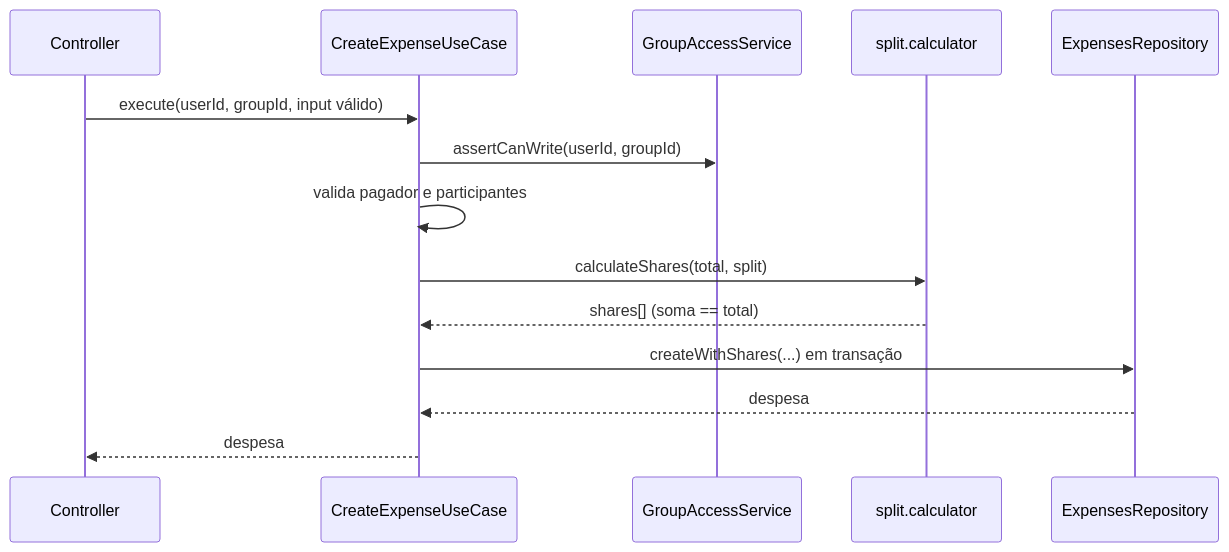
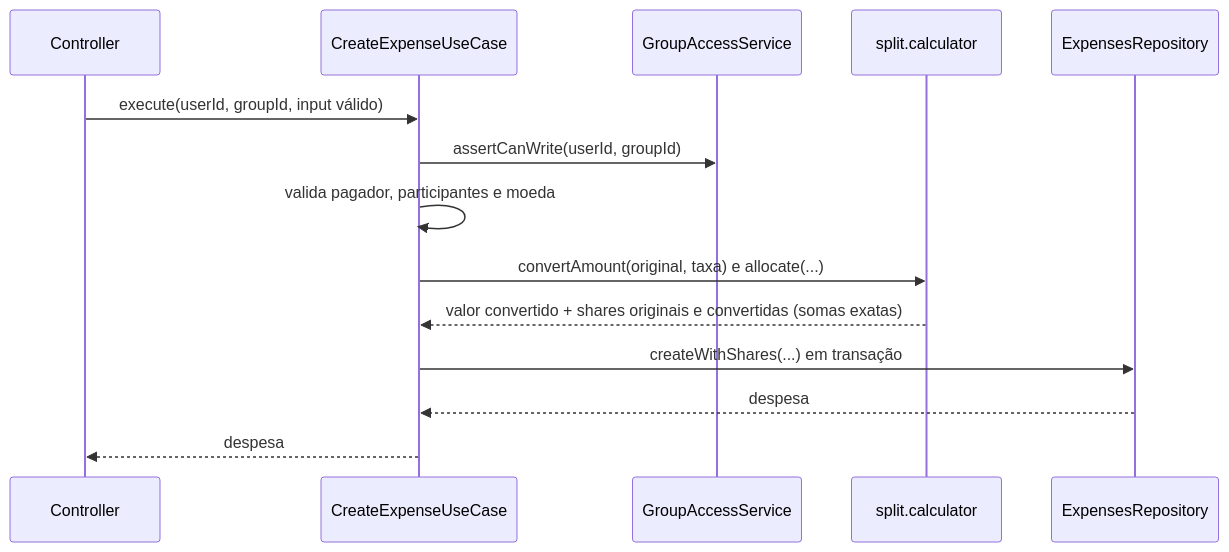
The third of 3 diagrams in docs/architecture/plan.md (iguinn13/split-and-go-case), drawn with Mermaid before and after one commit. The commit also changed other lines of this file and 6 other files, not shown here.

Commit message:
docs(architecture): add currency conversion model, api and ADR 0006

````diff
--- a/docs/architecture/plan.md
+++ b/docs/architecture/plan.md
@@ -151,17 +160,17 @@
 ```mermaid
 sequenceDiagram
     participant C as Controller
     participant U as CreateExpenseUseCase
     participant G as GroupAccessService
     participant S as split.calculator
     participant R as ExpensesRepository
 
     C->>U: execute(userId, groupId, input válido)
     U->>G: assertCanWrite(userId, groupId)
-    U->>U: valida pagador e participantes
-    U->>S: calculateShares(total, split)
-    S-->>U: shares[] (soma == total)
+    U->>U: valida pagador, participantes e moeda
+    U->>S: convertAmount(original, taxa) e allocate(...)
+    S-->>U: valor convertido + shares originais e convertidas (somas exatas)
     U->>R: createWithShares(...) em transação
     R-->>U: despesa
     U-->>C: despesa
 ```
````
